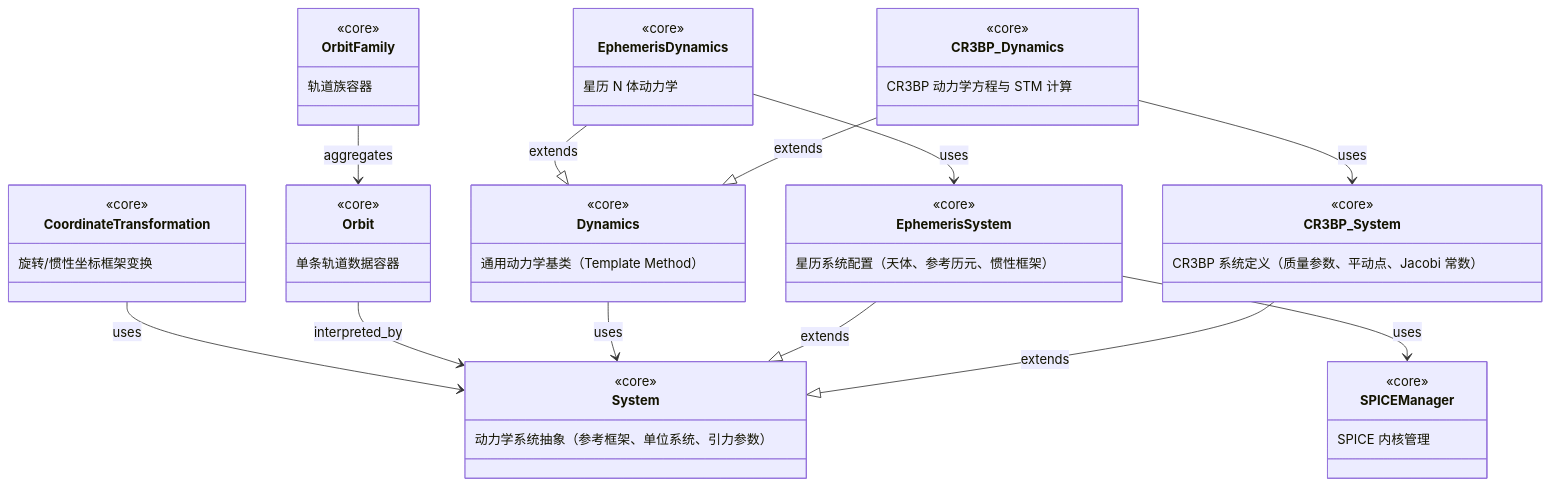
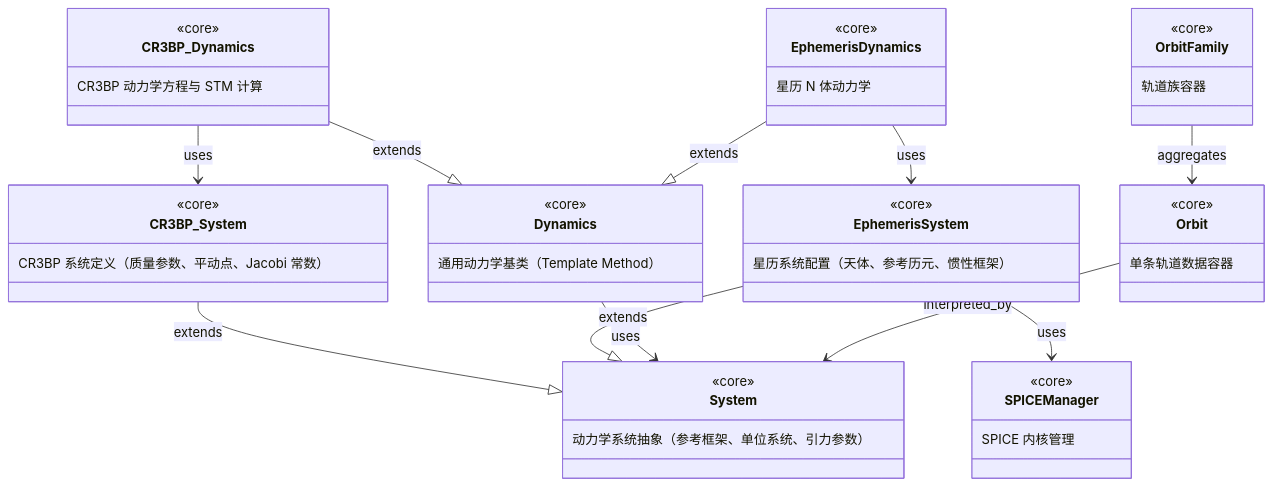
One commit to cislunarspace/e2m2e changed the diagram in docs/reference/mbse/bdd-core.md. Above: the diagram before and after it, drawn with Mermaid. The commit also changed 15 other files, not shown here.

First line of the commit message:
refactor(core): 重写 SynodicJ2000System 基于 CoordinateSystem，退役 CoordinateTransformation (#150)

````diff
--- a/docs/reference/mbse/bdd-core.md
+++ b/docs/reference/mbse/bdd-core.md
@@ -5,54 +5,49 @@
 ```mermaid
 classDiagram
     class System {
         <<core>>
         动力学系统抽象（参考框架、单位系统、引力参数）
     }
     class CR3BP_System {
         <<core>>
         CR3BP 系统定义（质量参数、平动点、Jacobi 常数）
     }
     CR3BP_System --|> System : extends
     class EphemerisSystem {
         <<core>>
         星历系统配置（天体、参考历元、惯性框架）
     }
     EphemerisSystem --|> System : extends
     class Dynamics {
         <<core>>
         通用动力学基类（Template Method）
     }
     Dynamics --> System : uses
     class CR3BP_Dynamics {
         <<core>>
         CR3BP 动力学方程与 STM 计算
     }
     CR3BP_Dynamics --|> Dynamics : extends
     CR3BP_Dynamics --> CR3BP_System : uses
     class EphemerisDynamics {
         <<core>>
         星历 N 体动力学
     }
     EphemerisDynamics --|> Dynamics : extends
     EphemerisDynamics --> EphemerisSystem : uses
     class Orbit {
         <<core>>
         单条轨道数据容器
     }
     Orbit --> System : interpreted_by
     class OrbitFamily {
         <<core>>
         轨道族容器
     }
     OrbitFamily --> Orbit : aggregates
-    class CoordinateTransformation {
-        <<core>>
-        旋转/惯性坐标框架变换
-    }
-    CoordinateTransformation --> System : uses
     class SPICEManager {
         <<core>>
         SPICE 内核管理
     }
     EphemerisSystem --> SPICEManager : uses
 ```
````
